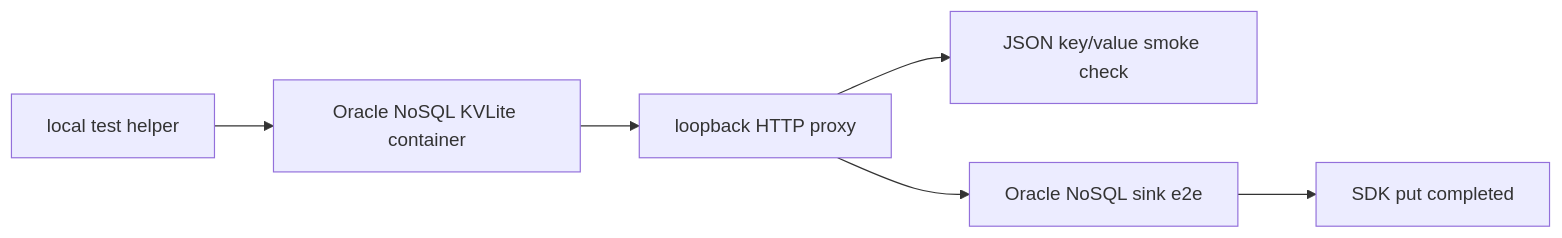
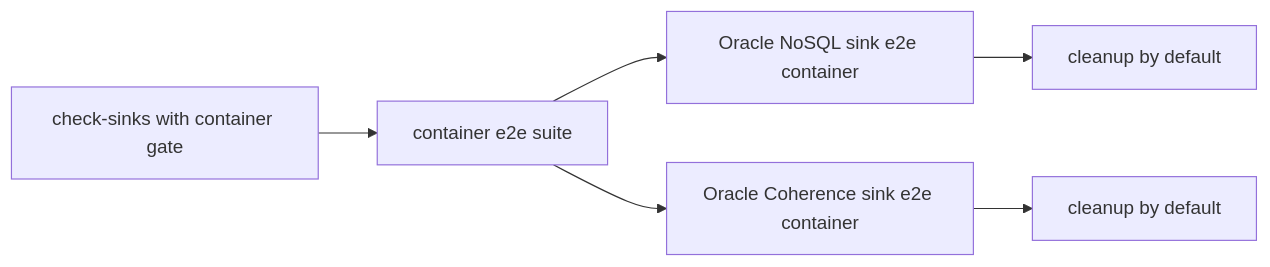
Before and after one commit to ProjectCuillin/nats-sinks: the diagram in docs/test-report.md, drawn with Mermaid. The commit also changed other lines of this file and 10 other files, not shown here.

Commit message:
Document full container e2e suite

````diff
--- a/docs/test-report.md
+++ b/docs/test-report.md
@@ -32,8 +33,8 @@
 ```mermaid
 flowchart LR
-    Helper[local test helper] --> KVLite[Oracle NoSQL KVLite container]
-    KVLite --> Proxy[loopback HTTP proxy]
-    Proxy --> Smoke[JSON key/value smoke check]
-    Proxy --> SinkE2E[Oracle NoSQL sink e2e]
-    SinkE2E --> Put[SDK put completed]
+    CheckSinks[check-sinks with container gate] --> Suite[container e2e suite]
+    Suite --> NoSQL[Oracle NoSQL sink e2e container]
+    Suite --> Coherence[Oracle Coherence sink e2e container]
+    NoSQL --> CleanupA[cleanup by default]
+    Coherence --> CleanupB[cleanup by default]
 ```
````
